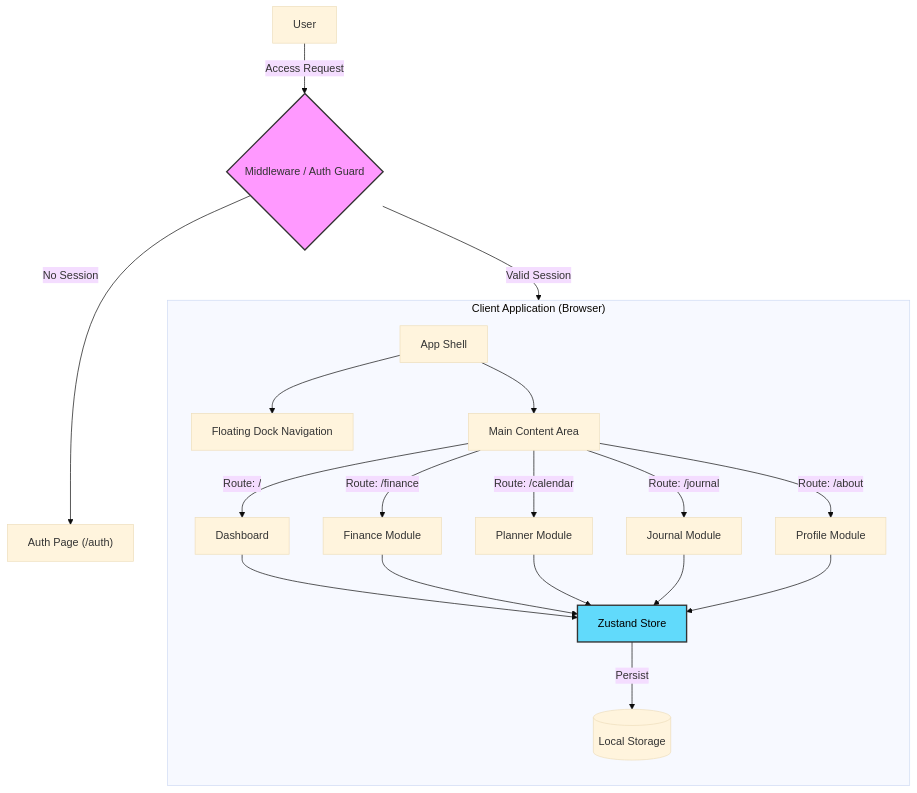
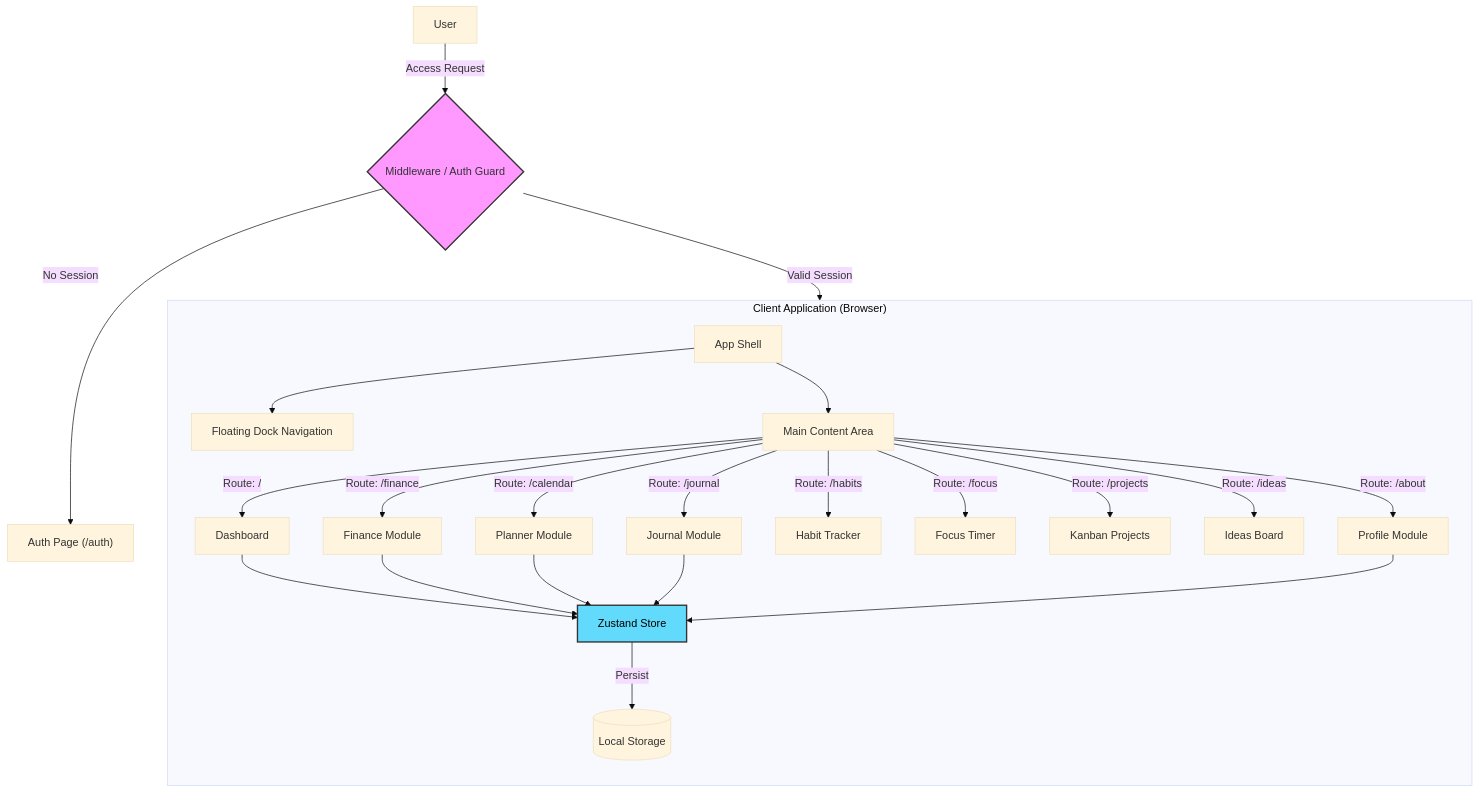
The diagram in README.md (PriyankaSDaida/LifeOS), drawn with Mermaid (base theme) before and after one commit. The commit also changed other lines of this file and 11 other files, not shown here.

````diff
--- a/README.md
+++ b/README.md
@@ -37,25 +41,29 @@
 ```mermaid
 graph TD
     User[User] -->|Access Request| Middleware{"Middleware / Auth Guard"}
     Middleware -->|No Session| AuthPage["Auth Page (/auth)"]
     Middleware -->|Valid Session| AppShell["App Shell"]
     
     subgraph Client_Application ["Client Application (Browser)"]
         direction TB
         AppShell --> NavBar["Floating Dock Navigation"]
         AppShell --> MainContent["Main Content Area"]
         
         MainContent -->|Route: /| Dashboard["Dashboard"]
         MainContent -->|Route: /finance| Finance["Finance Module"]
         MainContent -->|Route: /calendar| Planner["Planner Module"]
         MainContent -->|Route: /journal| Journal["Journal Module"]
+        MainContent -->|Route: /habits| Habits["Habit Tracker"]
+        MainContent -->|Route: /focus| Focus["Focus Timer"]
+        MainContent -->|Route: /projects| Projects["Kanban Projects"]
+        MainContent -->|Route: /ideas| Ideas["Ideas Board"]
         MainContent -->|Route: /about| About["Profile Module"]
         
         Dashboard & Finance & Planner & Journal & About --> Zustand["Zustand Store"]
         
         Zustand -->|Persist| LocalStorage[("Local Storage")]
     end
 
     style Middleware fill:#f9f,stroke:#333,stroke-width:2px
     style Zustand fill:#61dafb,stroke:#333,stroke-width:2px,color:black
 ```
````
